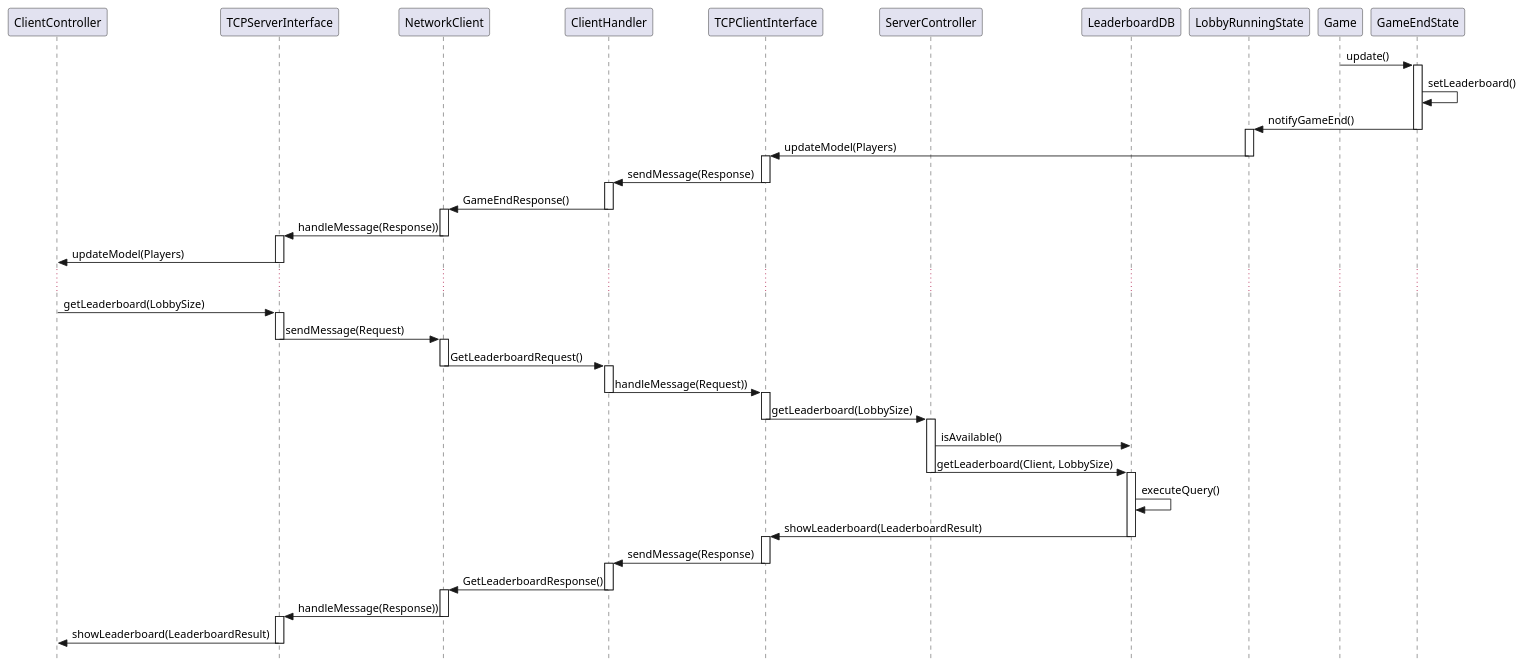
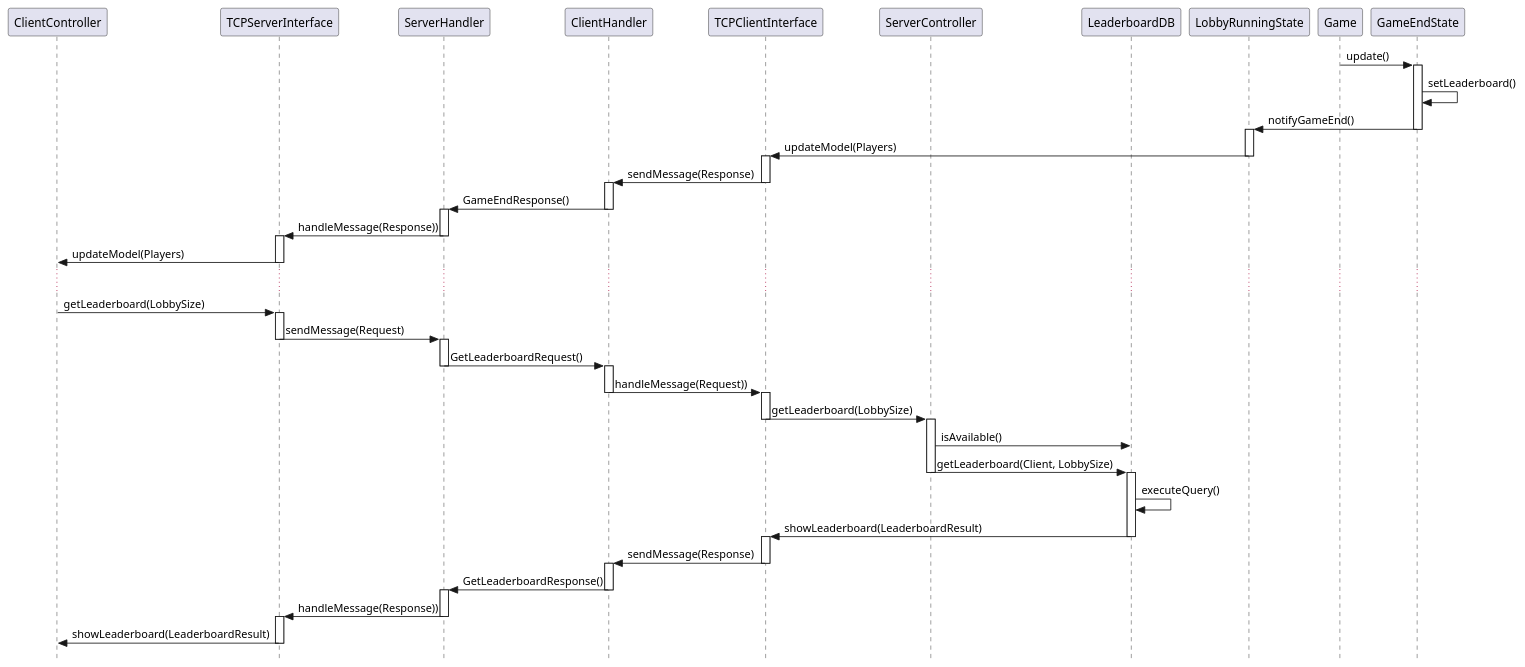
One commit to Teiyo22/ing-sw-2026-hu-hu-jin-jin changed the diagram in uml/rank_tcp.puml. Above: the diagram before and after it, drawn with PlantUML. The commit also changed 2 other files, not shown here.

Commit message:
Updated sequence models for TCP

```diff
--- a/uml/rank_tcp.puml
+++ b/uml/rank_tcp.puml
@@ -1,88 +1,88 @@
 @startuml
 skinparam style strictuml
 
 participant ClientController
 participant TCPServerInterface
-participant NetworkClient
+participant ServerHandler
 participant ClientHandler
 participant TCPClientInterface
 participant ServerController
 participant LeaderboardDB
 participant LobbyRunningState
 participant Game
 participant GameEndState
 
 Game -> GameEndState : update()
 
 activate GameEndState
 GameEndState -> GameEndState: setLeaderboard()
 GameEndState -> LobbyRunningState: notifyGameEnd()
 deactivate GameEndState
 
 activate LobbyRunningState
 LobbyRunningState -> TCPClientInterface:  updateModel(Players)
 deactivate LobbyRunningState
 
 activate TCPClientInterface
 TCPClientInterface -> ClientHandler: sendMessage(Response)
 deactivate TCPClientInterface
 
 activate ClientHandler
-ClientHandler -> NetworkClient: GameEndResponse()
+ClientHandler -> ServerHandler: GameEndResponse()
 deactivate ClientHandler
 
-activate NetworkClient
-NetworkClient -> TCPServerInterface: handleMessage(Response))
-deactivate NetworkClient
+activate ServerHandler
+ServerHandler -> TCPServerInterface: handleMessage(Response))
+deactivate ServerHandler
 
 activate TCPServerInterface
 TCPServerInterface -> ClientController: updateModel(Players)
 deactivate TCPServerInterface
 
 ...
 
 ClientController -> TCPServerInterface: getLeaderboard(LobbySize)
 
 activate TCPServerInterface
-TCPServerInterface -> NetworkClient: sendMessage(Request)
+TCPServerInterface -> ServerHandler: sendMessage(Request)
 deactivate TCPServerInterface
 
-activate NetworkClient
-NetworkClient -> ClientHandler: GetLeaderboardRequest()
-deactivate NetworkClient
+activate ServerHandler
+ServerHandler -> ClientHandler: GetLeaderboardRequest()
+deactivate ServerHandler
 
 activate ClientHandler
 ClientHandler -> TCPClientInterface: handleMessage(Request))
 deactivate ClientHandler
 
 activate TCPClientInterface
 TCPClientInterface -> ServerController: getLeaderboard(LobbySize)
 deactivate TCPClientInterface
 
 activate ServerController
 ServerController -> LeaderboardDB : isAvailable()
 ServerController -> LeaderboardDB : getLeaderboard(Client, LobbySize)
 deactivate ServerController
 
 activate LeaderboardDB
 LeaderboardDB -> LeaderboardDB: executeQuery()
 LeaderboardDB -> TCPClientInterface: showLeaderboard(LeaderboardResult)
 deactivate LeaderboardDB
 
 activate TCPClientInterface
 TCPClientInterface -> ClientHandler: sendMessage(Response)
 deactivate TCPClientInterface
 
 activate ClientHandler
-ClientHandler -> NetworkClient: GetLeaderboardResponse()
+ClientHandler -> ServerHandler: GetLeaderboardResponse()
 deactivate ClientHandler
 
-activate NetworkClient
-NetworkClient -> TCPServerInterface: handleMessage(Response))
-deactivate NetworkClient
+activate ServerHandler
+ServerHandler -> TCPServerInterface: handleMessage(Response))
+deactivate ServerHandler
 
 activate TCPServerInterface
 TCPServerInterface -> ClientController: showLeaderboard(LeaderboardResult)
 deactivate TCPServerInterface
 
 @enduml
```
